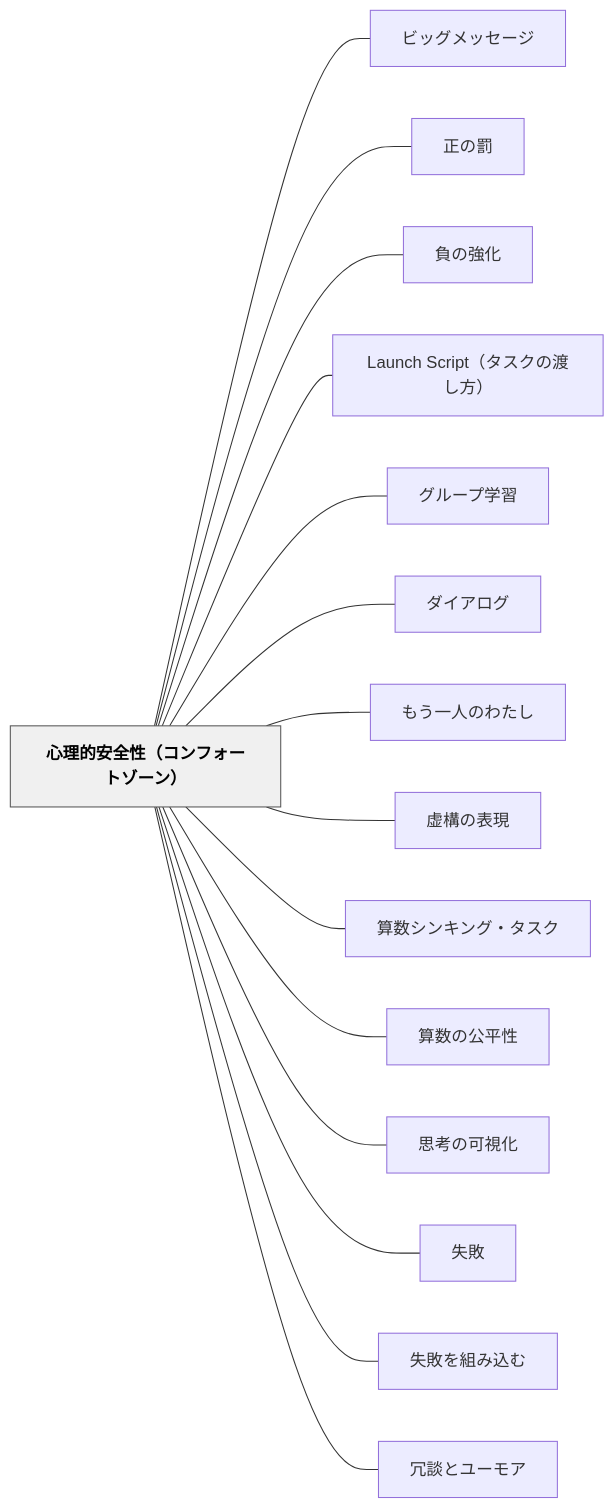
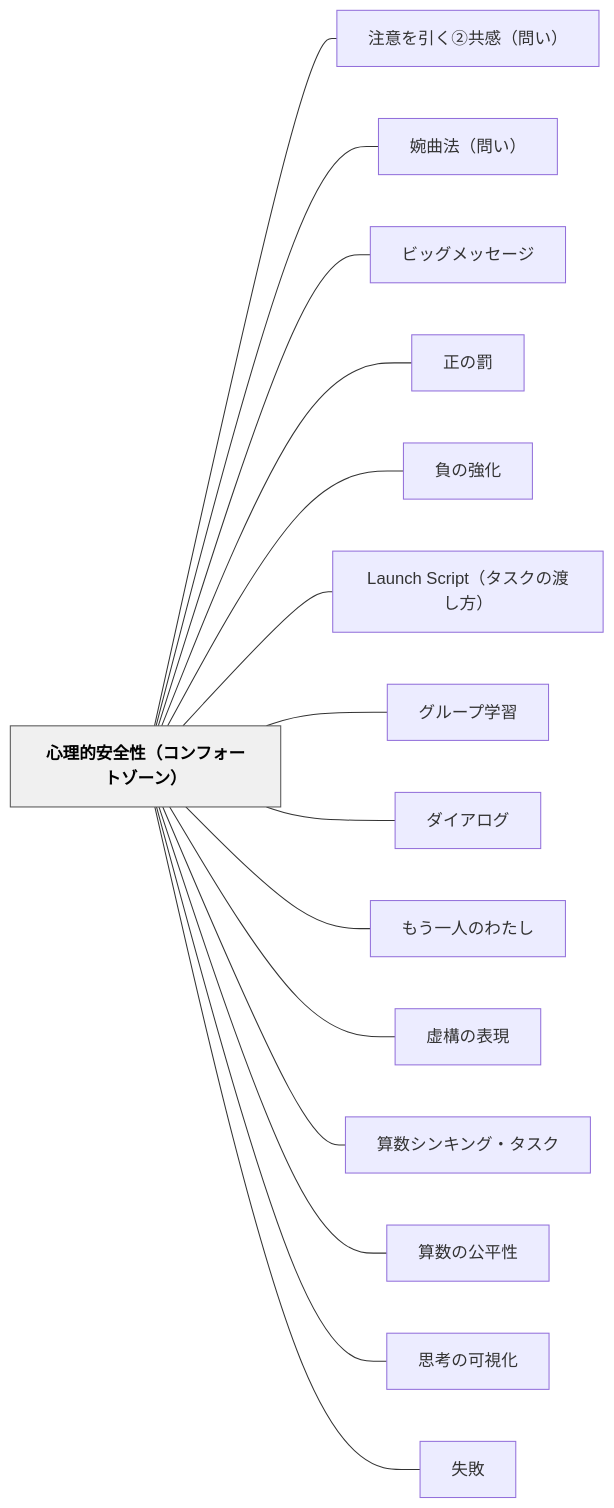
The diagram in content/パタン/心理的安全性（コンフォートゾーン）.md (unknownthings-ed-patterns/unknownthings-ed-patterns), drawn with Mermaid before and after one commit. The commit also changed other lines of this file and 38 other files, not shown here.

````diff
--- a/content/パタン/心理的安全性（コンフォートゾーン）.md
+++ b/content/パタン/心理的安全性（コンフォートゾーン）.md
@@ -58,36 +58,36 @@
 ```mermaid
 flowchart LR
     ne5bf83e79086e79a84e5ae89e585a8e680a7efbc88e382b3e383b3e38395e382a9e383bce38388e382bee383bce383b3efbc89["心理的安全性（コンフォートゾーン）"]
+    ne6b3a8e6848fe38292e5bc95e3818fe291a1e585b1e6849fefbc88e5958fe38184efbc89["注意を引く②共感（問い）"]
+    ne5a989e69bb2e6b395efbc88e5958fe38184efbc89["婉曲法（問い）"]
     ne38393e38383e382b0e383a1e38383e382bbe383bce382b8["ビッグメッセージ"]
     ne6ada3e381aee7bdb0["正の罰"]
     ne8b2a0e381aee5bcb7e58c96["負の強化"]
     n4c61756e636820536372697074efbc88e382bfe382b9e382afe381aee6b8a1e38197e696b9efbc89["Launch Script（タスクの渡し方）"]
     ne382b0e383abe383bce38397e5ada6e7bf92["グループ学習"]
     ne38380e382a4e382a2e383ade382b0["ダイアログ"]
     ne38282e38186e4b880e4babae381aee3828fe3819fe38197["もう一人のわたし"]
     ne8999ae6a78be381aee8a1a8e78fbe["虚構の表現"]
     ne7ae97e695b0e382b7e383b3e382ade383b3e382b0e383bbe382bfe382b9e382af["算数シンキング・タスク"]
     ne7ae97e695b0e381aee585ace5b9b3e680a7["算数の公平性"]
     ne6809de88083e381aee58fafe8a696e58c96["思考の可視化"]
     ne5a4b1e69597["失敗"]
-    ne5a4b1e69597e38292e7b584e381bfe8bebce38280["失敗を組み込む"]
-    ne58697e8ab87e381a8e383a6e383bce383a2e382a2["冗談とユーモア"]
 
+    ne5bf83e79086e79a84e5ae89e585a8e680a7efbc88e382b3e383b3e38395e382a9e383bce38388e382bee383bce383b3efbc89 --- ne6b3a8e6848fe38292e5bc95e3818fe291a1e585b1e6849fefbc88e5958fe38184efbc89
+    ne5bf83e79086e79a84e5ae89e585a8e680a7efbc88e382b3e383b3e38395e382a9e383bce38388e382bee383bce383b3efbc89 --- ne5a989e69bb2e6b395efbc88e5958fe38184efbc89
     ne5bf83e79086e79a84e5ae89e585a8e680a7efbc88e382b3e383b3e38395e382a9e383bce38388e382bee383bce383b3efbc89 --- ne38393e38383e382b0e383a1e38383e382bbe383bce382b8
     ne5bf83e79086e79a84e5ae89e585a8e680a7efbc88e382b3e383b3e38395e382a9e383bce38388e382bee383bce383b3efbc89 --- ne6ada3e381aee7bdb0
     ne5bf83e79086e79a84e5ae89e585a8e680a7efbc88e382b3e383b3e38395e382a9e383bce38388e382bee383bce383b3efbc89 --- ne8b2a0e381aee5bcb7e58c96
     ne5bf83e79086e79a84e5ae89e585a8e680a7efbc88e382b3e383b3e38395e382a9e383bce38388e382bee383bce383b3efbc89 --- n4c61756e636820536372697074efbc88e382bfe382b9e382afe381aee6b8a1e38197e696b9efbc89
     ne5bf83e79086e79a84e5ae89e585a8e680a7efbc88e382b3e383b3e38395e382a9e383bce38388e382bee383bce383b3efbc89 --- ne382b0e383abe383bce38397e5ada6e7bf92
     ne5bf83e79086e79a84e5ae89e585a8e680a7efbc88e382b3e383b3e38395e382a9e383bce38388e382bee383bce383b3efbc89 --- ne38380e382a4e382a2e383ade382b0
     ne5bf83e79086e79a84e5ae89e585a8e680a7efbc88e382b3e383b3e38395e382a9e383bce38388e382bee383bce383b3efbc89 --- ne38282e38186e4b880e4babae381aee3828fe3819fe38197
     ne5bf83e79086e79a84e5ae89e585a8e680a7efbc88e382b3e383b3e38395e382a9e383bce38388e382bee383bce383b3efbc89 --- ne8999ae6a78be381aee8a1a8e78fbe
     ne5bf83e79086e79a84e5ae89e585a8e680a7efbc88e382b3e383b3e38395e382a9e383bce38388e382bee383bce383b3efbc89 --- ne7ae97e695b0e382b7e383b3e382ade383b3e382b0e383bbe382bfe382b9e382af
     ne5bf83e79086e79a84e5ae89e585a8e680a7efbc88e382b3e383b3e38395e382a9e383bce38388e382bee383bce383b3efbc89 --- ne7ae97e695b0e381aee585ace5b9b3e680a7
     ne5bf83e79086e79a84e5ae89e585a8e680a7efbc88e382b3e383b3e38395e382a9e383bce38388e382bee383bce383b3efbc89 --- ne6809de88083e381aee58fafe8a696e58c96
     ne5bf83e79086e79a84e5ae89e585a8e680a7efbc88e382b3e383b3e38395e382a9e383bce38388e382bee383bce383b3efbc89 --- ne5a4b1e69597
-    ne5bf83e79086e79a84e5ae89e585a8e680a7efbc88e382b3e383b3e38395e382a9e383bce38388e382bee383bce383b3efbc89 --- ne5a4b1e69597e38292e7b584e381bfe8bebce38280
-    ne5bf83e79086e79a84e5ae89e585a8e680a7efbc88e382b3e383b3e38395e382a9e383bce38388e382bee383bce383b3efbc89 --- ne58697e8ab87e381a8e383a6e383bce383a2e382a2
 
     classDef hub fill:#f0f0f0,stroke:#555,color:#000,font-weight:bold
     class ne5bf83e79086e79a84e5ae89e585a8e680a7efbc88e382b3e383b3e38395e382a9e383bce38388e382bee383bce383b3efbc89 hub
 ```
````
